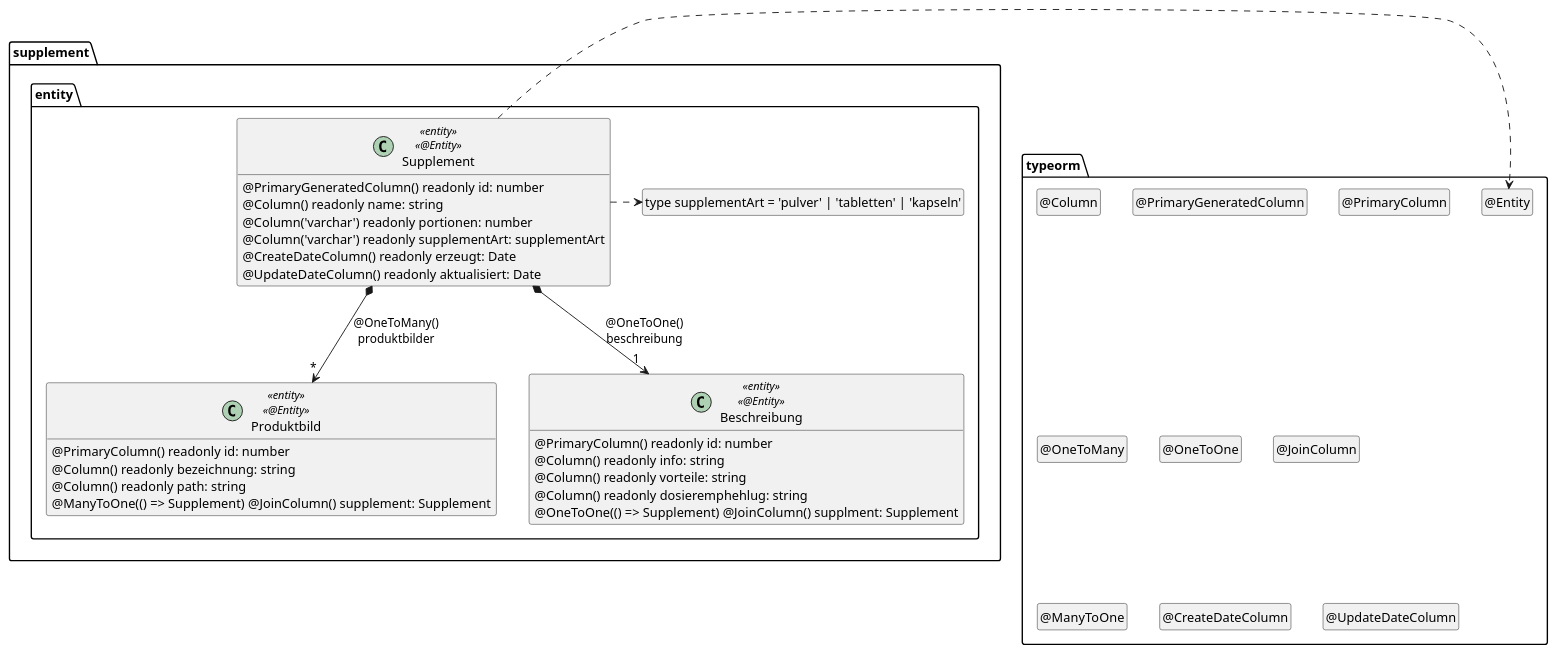
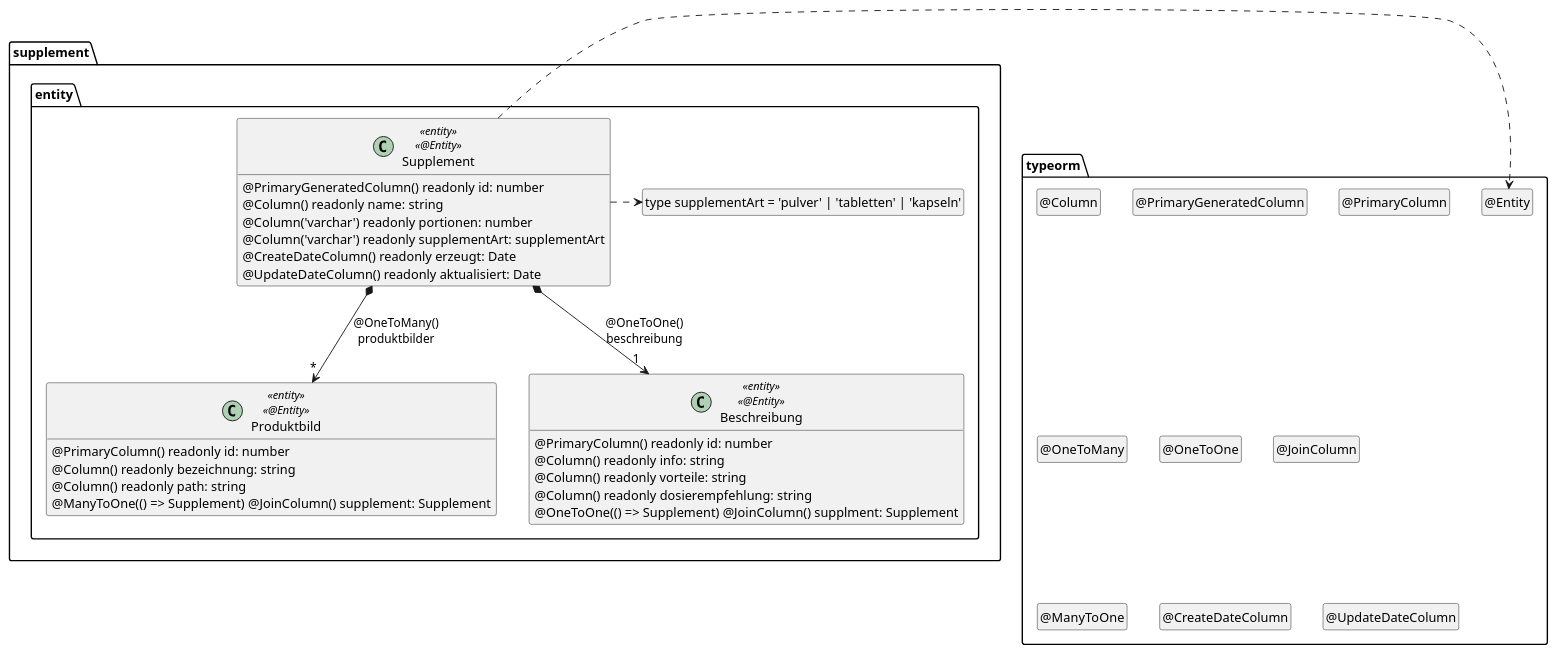
The diagram in .extras/doc/supplement.plantuml (Swe-SS25/swe-abgabe1), drawn with PlantUML before and after one commit. The commit also changed 1 other file, not shown here.

```diff
--- a/.extras/doc/supplement.plantuml
+++ b/.extras/doc/supplement.plantuml
@@ -1,66 +1,66 @@
 @startuml Supplement
 
 ' Preview durch <Alt>d
 
 package typeorm {
   class "@Entity" as Entity
   hide Entity circle
   class "@Column" as Column
   hide Column circle
   class "@PrimaryGeneratedColumn" as PrimaryGeneratedColumn
   hide PrimaryGeneratedColumn circle
   class "@PrimaryColumn" as PrimaryColumn
   hide PrimaryColumn circle
   class "@OneToMany" as OneToMany
   hide OneToMany circle
   class "@OneToOne" as OneToOne
   hide OneToOne circle
   class "@JoinColumn" as JoinColumn
   hide JoinColumn circle
   class "@ManyToOne" as ManyToOne
   hide ManyToOne circle
   class "@CreateDateColumn" as CreateDateColumn
   hide CreateDateColumn circle
   class "@UpdateDateColumn" as UpdateDateColumn
   hide UpdateDateColumn circle
 }
 
 package supplement.entity {
   class "type supplementArt = 'pulver' | 'tabletten' | 'kapseln'" as SupplementArt
   hide SupplementArt circle
 
   class Supplement <<entity>> <<@Entity>> {
     @PrimaryGeneratedColumn() readonly id: number
     @Column() readonly name: string
     @Column('varchar') readonly portionen: number
     @Column('varchar') readonly supplementArt: supplementArt
     @CreateDateColumn() readonly erzeugt: Date
     @UpdateDateColumn() readonly aktualisiert: Date
   }
 
   class Produktbild <<entity>> <<@Entity>> {
     @PrimaryColumn() readonly id: number
     @Column() readonly bezeichnung: string
     @Column() readonly path: string
     @ManyToOne(() => Supplement) @JoinColumn() supplement: Supplement
   }
 
   class Beschreibung <<entity>> <<@Entity>> {
     @PrimaryColumn() readonly id: number
     @Column() readonly info: string
     @Column() readonly vorteile: string
-    @Column() readonly dosieremphehlug: string
+    @Column() readonly dosierempfehlung: string
     @OneToOne(() => Supplement) @JoinColumn() supplment: Supplement
   }
 
   Supplement *--> "*" Produktbild : @OneToMany()\nproduktbilder
   Supplement *--> "1" Beschreibung : @OneToOne()\nbeschreibung
 
   Supplement .right.> Entity
   Supplement .right.> SupplementArt
 }
 
 hide empty members
 
 
 @enduml
```
